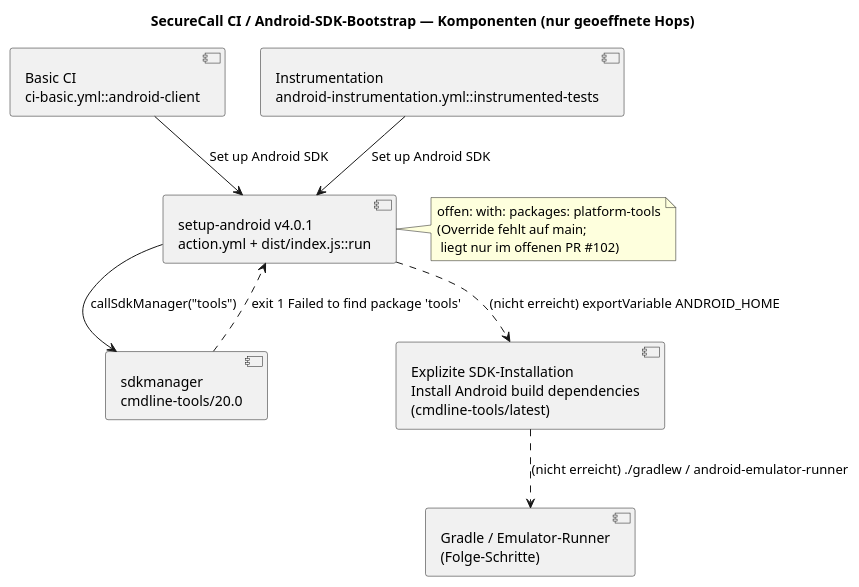
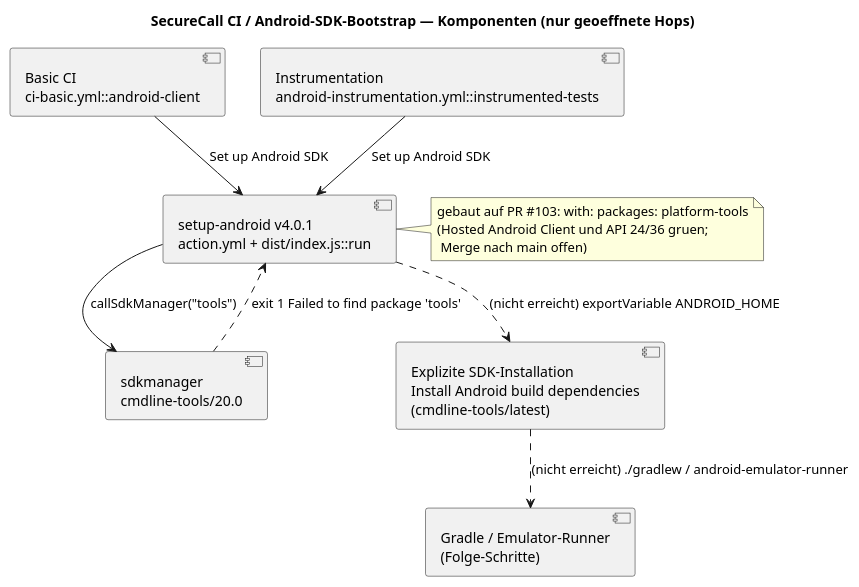
Before and after one commit to NeaBouli/stealth: the second of 2 diagrams in docs/architecture/map.puml, drawn with PlantUML. The commit also changed other lines of this file and 3 other files, not shown here.

```diff
--- a/docs/architecture/map.puml
+++ b/docs/architecture/map.puml
@@ -33,23 +33,23 @@
 @startuml
 title SecureCall CI / Android-SDK-Bootstrap — Komponenten (nur geoeffnete Hops)
 
 component "Basic CI\nci-basic.yml::android-client" as CIB
 component "Instrumentation\nandroid-instrumentation.yml::instrumented-tests" as INS
 component "setup-android v4.0.1\naction.yml + dist/index.js::run" as SA
 component "sdkmanager\ncmdline-tools/20.0" as SDK20
 component "Explizite SDK-Installation\nInstall Android build dependencies\n(cmdline-tools/latest)" as EXP
 component "Gradle / Emulator-Runner\n(Folge-Schritte)" as GR
 
 CIB --> SA : Set up Android SDK
 INS --> SA : Set up Android SDK
 SA --> SDK20 : callSdkManager("tools")
 SDK20 ..> SA : exit 1 Failed to find package 'tools'
 SA ..> EXP : (nicht erreicht) exportVariable ANDROID_HOME
 EXP ..> GR : (nicht erreicht) ./gradlew / android-emulator-runner
 
 note right of SA
-  offen: with: packages: platform-tools
-  (Override fehlt auf main;
-   liegt nur im offenen PR #102)
+  gebaut auf PR #103: with: packages: platform-tools
+  (Hosted Android Client und API 24/36 gruen;
+   Merge nach main offen)
 end note
 @enduml
```
